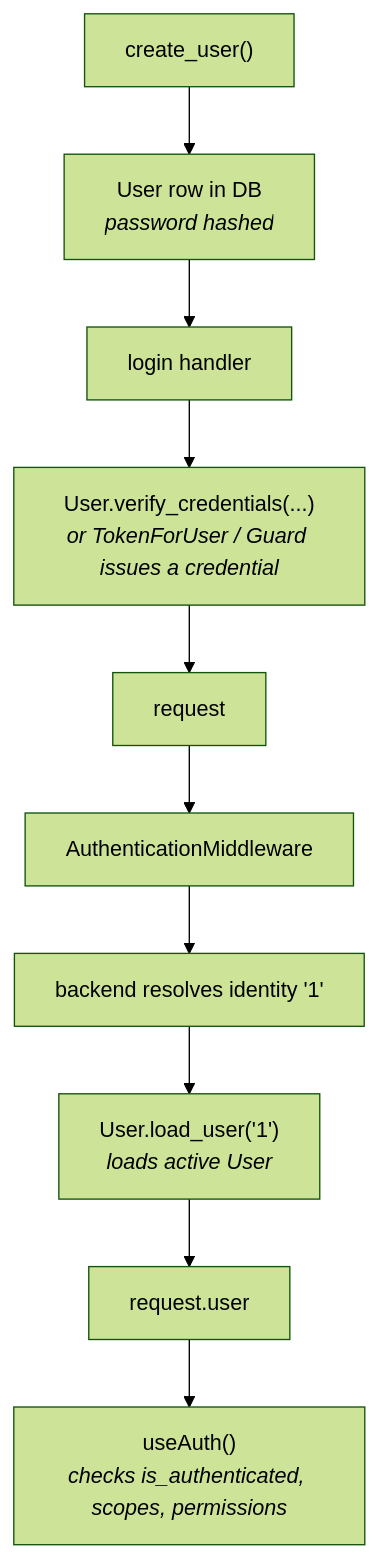
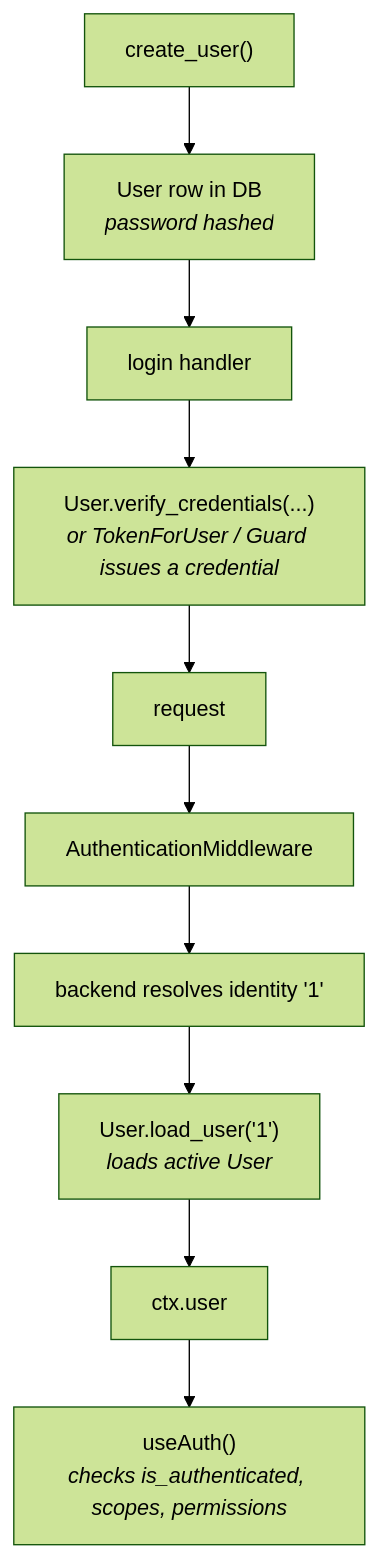
One commit to sillohq/core changed the diagram in docs/docs/src/content/docs/v1.0/guides/users.md. Above: the diagram before and after it, drawn with Mermaid (forest theme). The commit also changed other lines of this file and 72 other files, not shown here.

````diff
--- a/docs/docs/src/content/docs/v1.0/guides/users.md
+++ b/docs/docs/src/content/docs/v1.0/guides/users.md
@@ -460,12 +460,12 @@
 ```mermaid
 graph TD
     CU["create_user()"] --> ROW["User row in DB<br/><i>password hashed</i>"]
     ROW --> LH["login handler"]
     LH --> VC["User.verify_credentials(...)<br/><i>or TokenForUser / Guard issues a credential</i>"]
     VC --> REQ["request"]
     REQ --> AM["AuthenticationMiddleware"]
     AM --> BR["backend resolves identity '1'"]
     BR --> LU["User.load_user('1')<br/><i>loads active User</i>"]
-    LU --> RU["request.user"]
+    LU --> RU["ctx.user"]
     RU --> UA["useAuth()<br/><i>checks is_authenticated, scopes, permissions</i>"]
 ```
````
